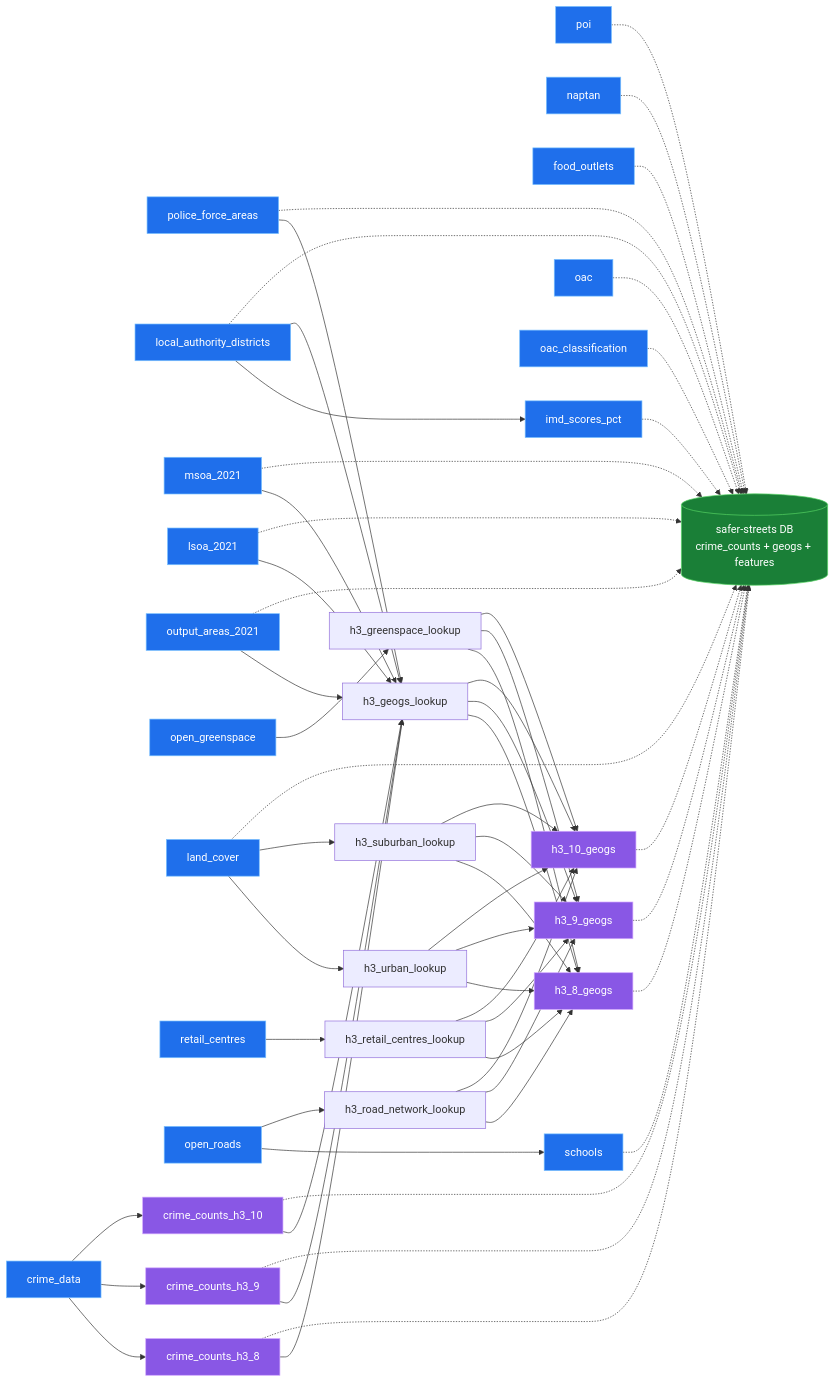
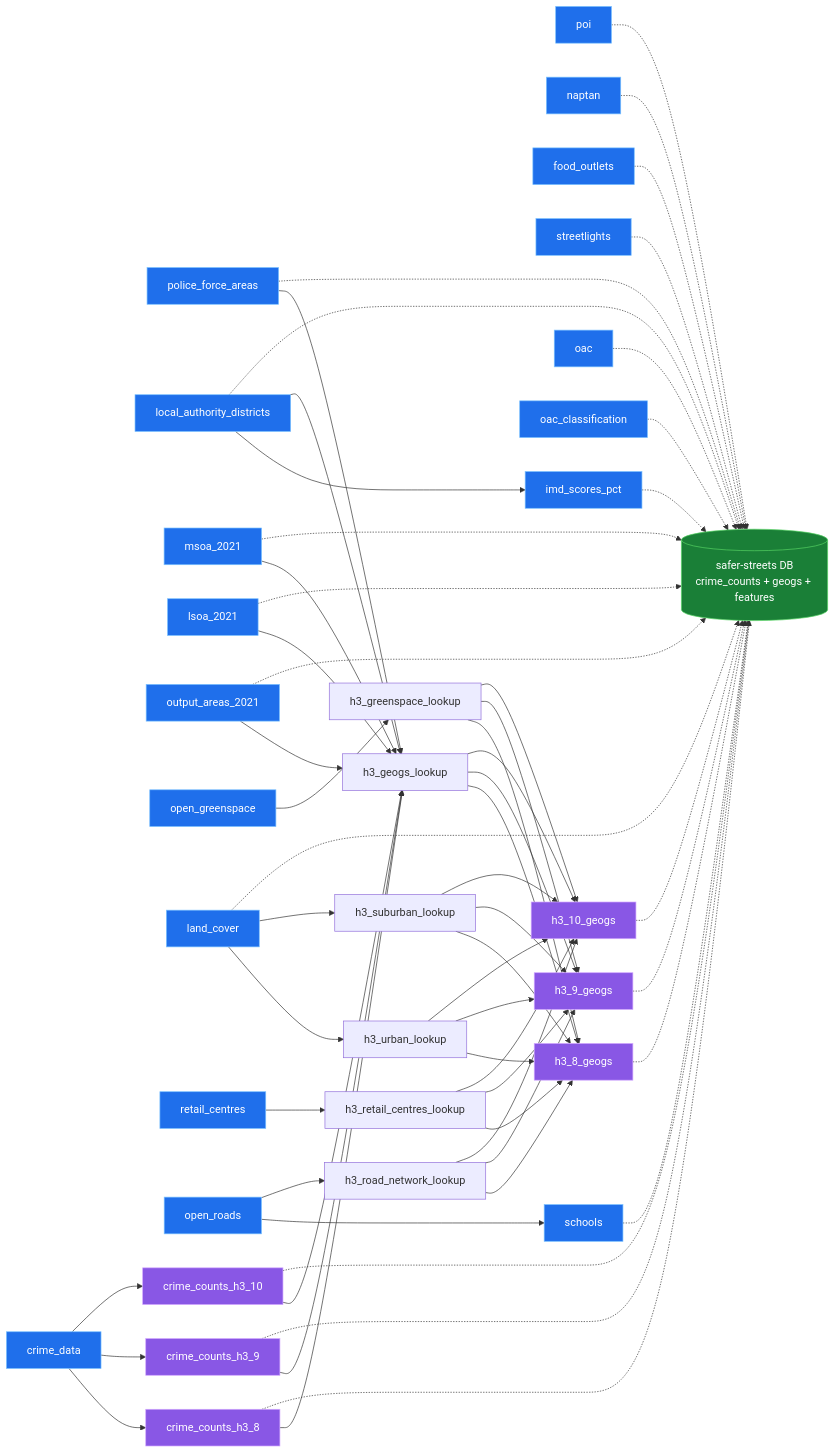
One commit to safer-streets/safer-streets-tooling changed the diagram in README.md. Above: the diagram before and after it, drawn with Mermaid. The commit also changed other lines of this file and 5 other files, not shown here.

First line of the commit message:
feat: add streetlights (Overture/OSM) to the extract

````diff
--- a/README.md
+++ b/README.md
@@ -58,6 +58,7 @@
    poi
    naptan
    food_outlets
+   streetlights
    schools
    imd_scores_pct
    oac
@@ -135,6 +136,7 @@
     poi -.-> database
     naptan -.-> database
     food_outlets -.-> database
+    streetlights -.-> database
     imd_scores_pct -.-> database
     land_cover -.-> database
     oac -.-> database
@@ -144,7 +146,7 @@
     classDef extract fill:#1f6feb,stroke:#79c0ff,stroke-width:1px,color:#ffffff;
     classDef transform fill:#8957e5,stroke:#d2a8ff,stroke-width:1px,color:#ffffff;
     classDef load fill:#1a7f37,stroke:#56d364,stroke-width:1px,color:#ffffff;
-    class crime_data,police_force_areas,local_authority_districts,msoa_2021,lsoa_2021,output_areas_2021,open_greenspace,land_cover,retail_centres,open_roads,poi,naptan,food_outlets,schools,imd_scores_pct,oac,oac_classification extract;
+    class crime_data,police_force_areas,local_authority_districts,msoa_2021,lsoa_2021,output_areas_2021,open_greenspace,land_cover,retail_centres,open_roads,poi,naptan,food_outlets,streetlights,schools,imd_scores_pct,oac,oac_classification extract;
     class crime_counts_h3_8,crime_counts_h3_9,crime_counts_h3_10,h3_8_geogs,h3_9_geogs,h3_10_geogs transform;
     class database load;
 ```
````
